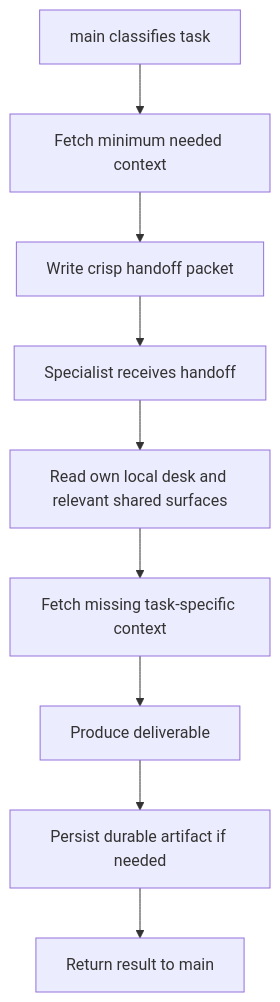
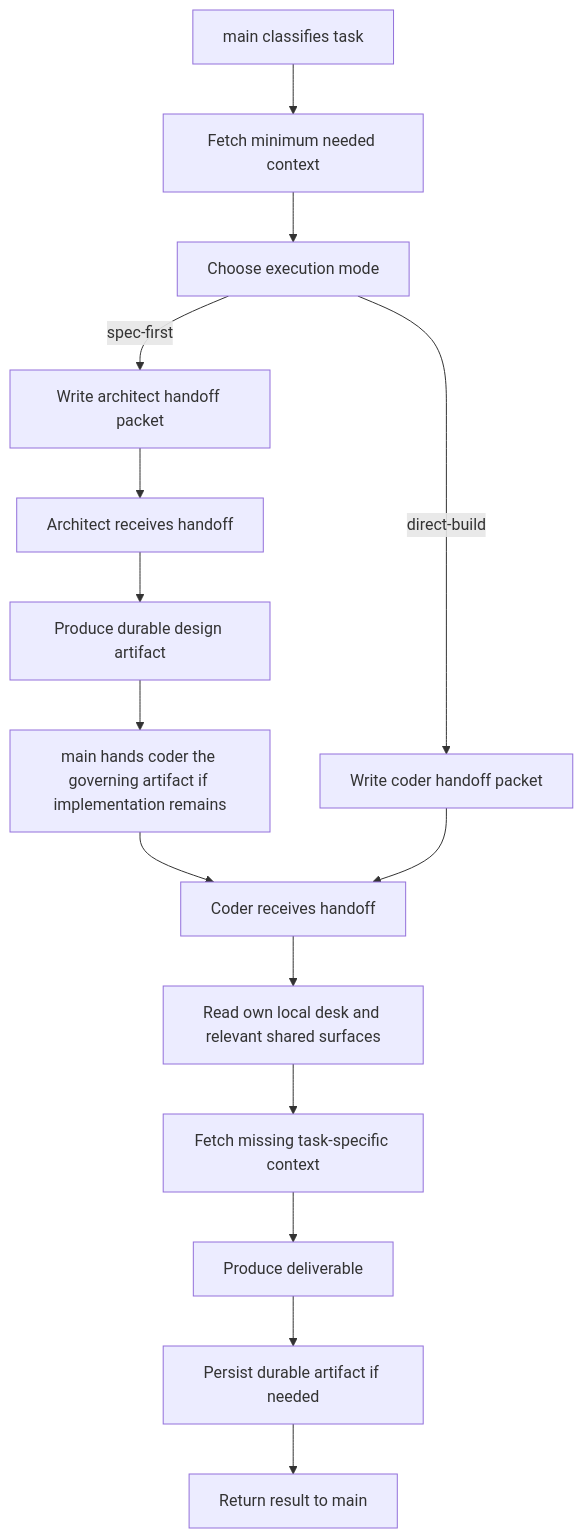
Before and after one commit to sbischoff-ai/ai-homebase: the diagram in docs/agent_process_examples/main-to-specialist-handoff.md, drawn with Mermaid. The commit also changed other lines of this file and 10 other files, not shown here.

Commit message:
Spec first coding task delegation

````diff
--- a/docs/agent_process_examples/main-to-specialist-handoff.md
+++ b/docs/agent_process_examples/main-to-specialist-handoff.md
@@ -21,11 +21,17 @@
 ```mermaid
 flowchart TD
     M0[main classifies task] --> M1[Fetch minimum needed context]
-    M1 --> M2[Write crisp handoff packet]
-    M2 --> S0[Specialist receives handoff]
-    S0 --> S1[Read own local desk and relevant shared surfaces]
-    S1 --> S2[Fetch missing task-specific context]
-    S2 --> S3[Produce deliverable]
-    S3 --> S4[Persist durable artifact if needed]
-    S4 --> S5[Return result to main]
+    M1 --> M2[Choose execution mode]
+    M2 -->|spec-first| A0[Write architect handoff packet]
+    A0 --> A1[Architect receives handoff]
+    A1 --> A2[Produce durable design artifact]
+    A2 --> M3[main hands coder the governing artifact if implementation remains]
+    M2 -->|direct-build| C0[Write coder handoff packet]
+    M3 --> C1[Coder receives handoff]
+    C0 --> C1
+    C1 --> C2[Read own local desk and relevant shared surfaces]
+    C2 --> C3[Fetch missing task-specific context]
+    C3 --> C4[Produce deliverable]
+    C4 --> C5[Persist durable artifact if needed]
+    C5 --> C6[Return result to main]
 ```
````
